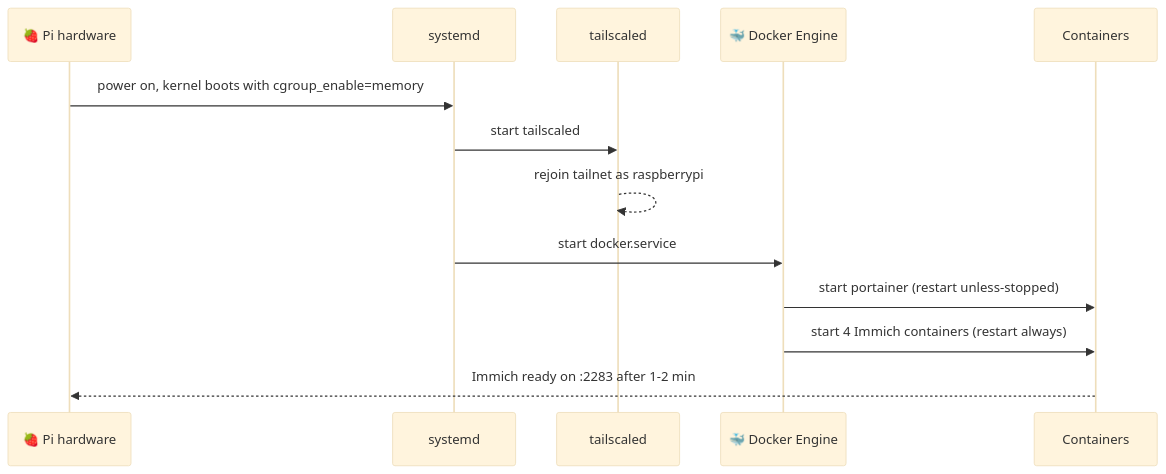
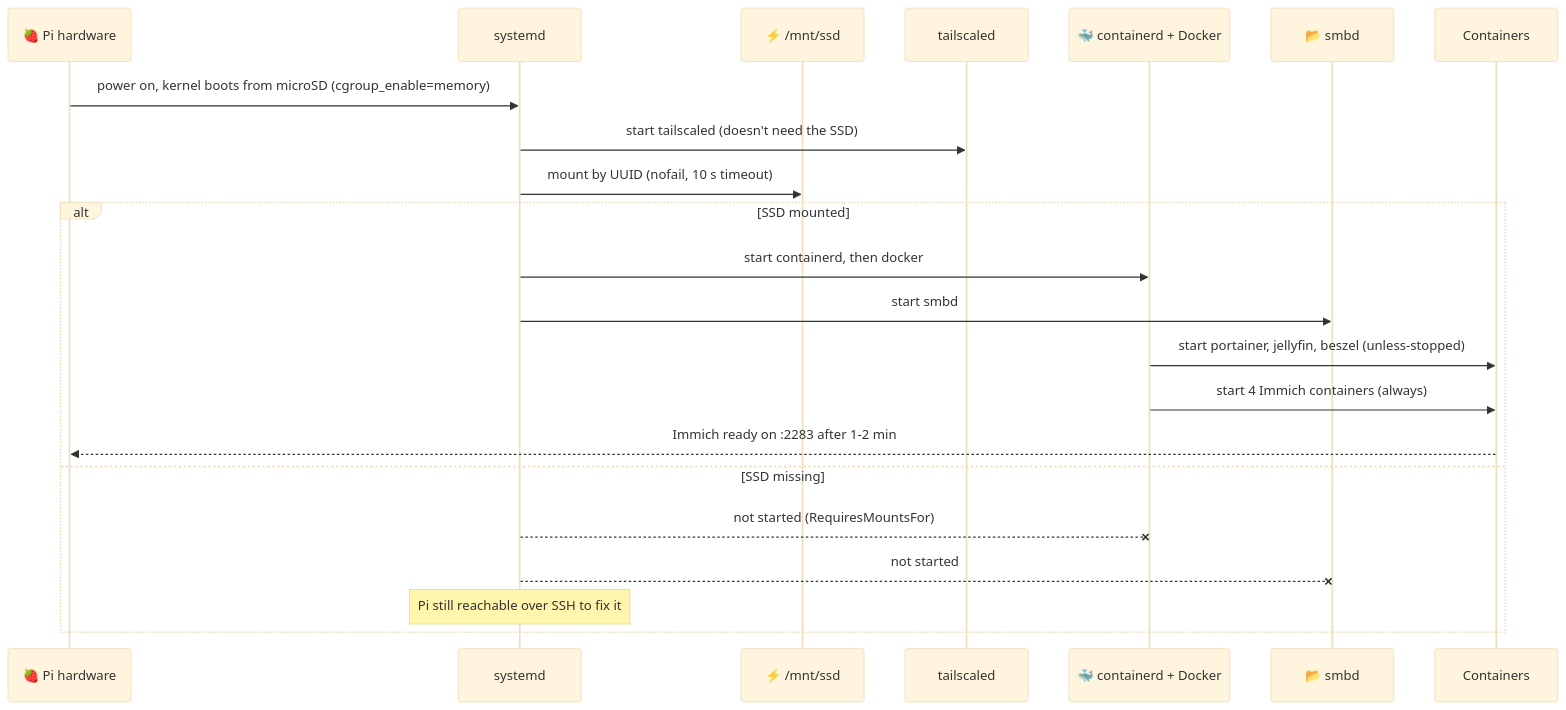
Before and after one commit to Litigator98765/homelab: the third of 4 diagrams in docs/architecture.md, drawn with Mermaid (base theme). The commit also changed other lines of this file and 5 other files, not shown here.

First line of the commit message:
Update docs for SSD move, Beszel, Samba; add Jellyfin + Beszel config

````diff
--- a/docs/architecture.md
+++ b/docs/architecture.md
@@ -164,16 +192,25 @@
 ```mermaid
 sequenceDiagram
     participant HW as 🍓 Pi hardware
     participant SYS as systemd
+    participant SSD as ⚡ /mnt/ssd
     participant TSD as tailscaled
-    participant DK as 🐳 Docker Engine
+    participant DK as 🐳 containerd + Docker
+    participant SMB as 📂 smbd
     participant C as Containers
 
-    HW->>SYS: power on, kernel boots with cgroup_enable=memory
-    SYS->>TSD: start tailscaled
-    TSD-->>TSD: rejoin tailnet as raspberrypi
-    SYS->>DK: start docker.service
-    DK->>C: start portainer (restart unless-stopped)
-    DK->>C: start 4 Immich containers (restart always)
-    C-->>HW: Immich ready on :2283 after 1-2 min
+    HW->>SYS: power on, kernel boots from microSD (cgroup_enable=memory)
+    SYS->>TSD: start tailscaled (doesn't need the SSD)
+    SYS->>SSD: mount by UUID (nofail, 10 s timeout)
+    alt SSD mounted
+        SYS->>DK: start containerd, then docker
+        SYS->>SMB: start smbd
+        DK->>C: start portainer, jellyfin, beszel (unless-stopped)
+        DK->>C: start 4 Immich containers (always)
+        C-->>HW: Immich ready on :2283 after 1-2 min
+    else SSD missing
+        SYS--xDK: not started (RequiresMountsFor)
+        SYS--xSMB: not started
+        Note over SYS: Pi still reachable over SSH to fix it
+    end
 ```
````
